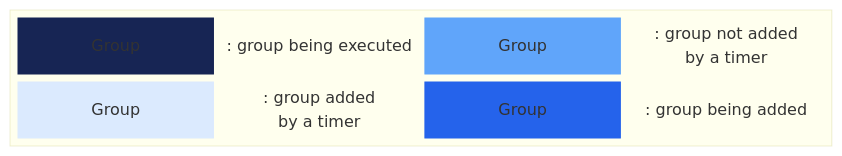
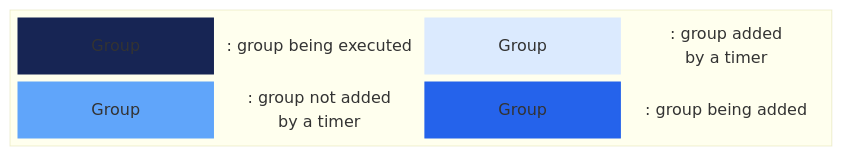
One commit to SkylineCommunications/dataminer-docs changed the second of 5 diagrams in develop/devguide/Connector/InnerWorkingsSLProtocol.md. Above: the diagram before and after it, drawn with Mermaid. The commit also changed other lines of this file, not shown here.

````diff
--- a/develop/devguide/Connector/InnerWorkingsSLProtocol.md
+++ b/develop/devguide/Connector/InnerWorkingsSLProtocol.md
@@ -118,22 +120,22 @@
 ```mermaid
 block-beta
   block:LEGEND:2
     columns 4
     L1["Group"] LD1[": group being executed"]
+    L3["Group"] LD3[": group added<br>by a timer"]
     L2["Group"] LD2[": group not added<br>by a timer"]
-    L3["Group"] LD3[": group added<br>by a timer"]
     L4["Group"] LD4[": group being added"]
   end
 
   classDef executing fill:#172554,stroke:#172554,color:#f3f4f6
   classDef notTimer fill:#60A5FA,stroke:#60A5FA,color:#1E3A8A
   classDef byTimer fill:#DBEAFE,stroke:#DBEAFE,color:#172554
   classDef added fill:#2563EB,stroke:#2563EB,color:#f3f4f6
-  classDef legendText fill:none,stroke:none,color:#172554
+  classDef legendText fill:none,stroke:none,color:#6B6B6
 
   class L1 executing
   class L2 notTimer
   class L3 byTimer
   class L4 added
   class LD1,LD2,LD3,LD4 legendText
 ```
````
